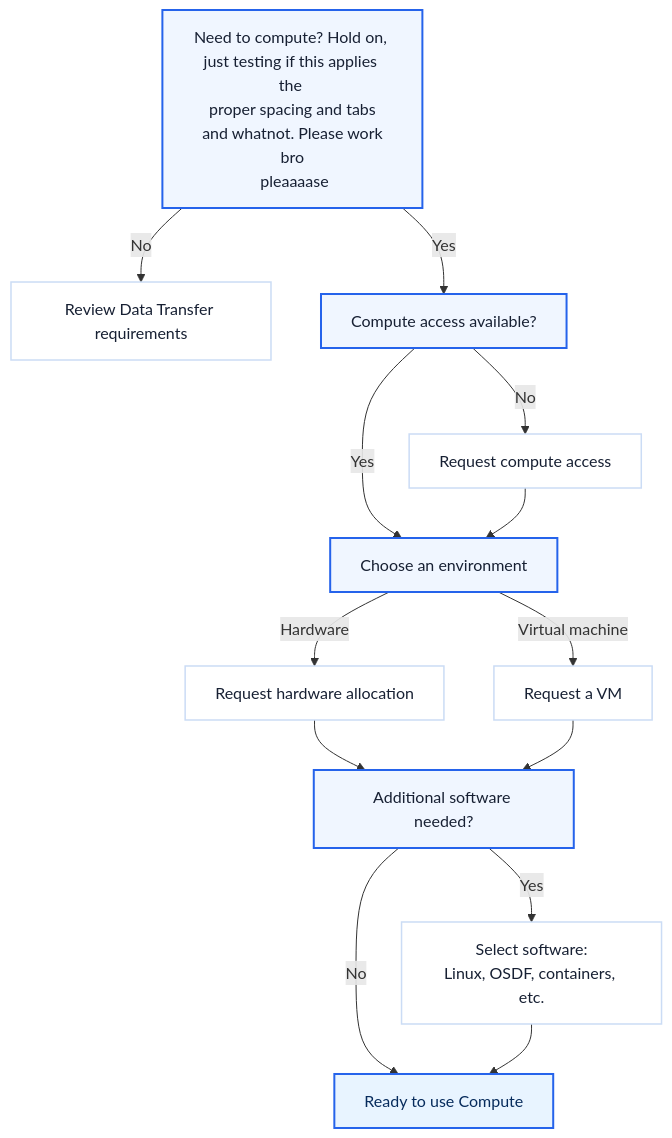
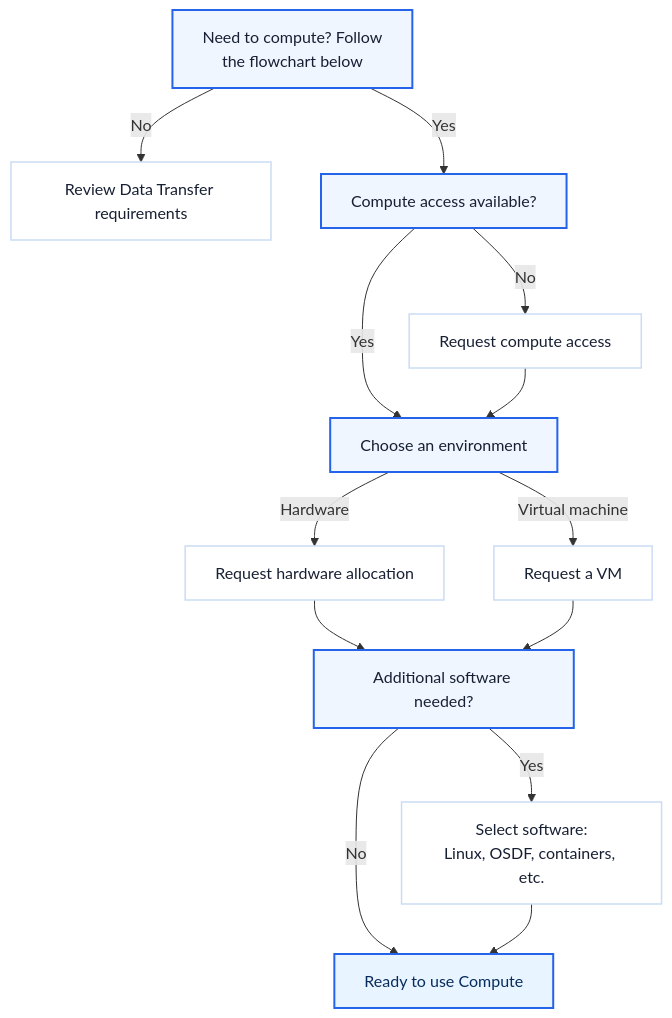
The first of 2 diagrams in src/content/docs/requirements/index.md (ReaganSanz/user-services-test), drawn with Mermaid before and after one commit. The commit also changed other lines of this file and 1 other file, not shown here.

Commit message:
feat: small changes to flowcharts

````diff
--- a/src/content/docs/requirements/index.md
+++ b/src/content/docs/requirements/index.md
@@ -45,35 +45,35 @@
 ```mermaid
 ---
 config:
 fontFamily: 'Inter'
 themeVariables:
  fontFamily: 'Inter'
- fontSize: '38px'
+ fontSize: '14px'
 look: neo
 ---
 flowchart TD
- A[Need to compute? Hold on, <br/>just testing if this applies the <br/> proper spacing and tabs <br/> and whatnot. Please work bro<br/> pleaaaase]
+ A[Need to compute? Follow <br/> the flowchart below]
  A -->|No| Z[Review Data Transfer requirements]
     A -->|Yes| B[Compute access available?]
 
     B -->|No| C[Request compute access]
     B -->|Yes| D[Choose an environment]
 
     C --> D
     D -->|Hardware| E[Request hardware allocation]
     D -->|Virtual machine| F[Request a VM]
 
     E --> G[Additional software needed?]
     F --> G
     G -->|Yes| H[Select software:<br/>Linux, OSDF, containers, etc.]
     G -->|No| I[Ready to use Compute]
     H --> I
 
     classDef decision fill:#f0f6ff,stroke:#2563eb,stroke-width:2px,color:#172033
     classDef action fill:#ffffff,stroke:#cbdcf5,stroke-width:1.5px,color:#172033
     classDef ready fill:#e8f4ff,stroke:#2563eb,stroke-width:2px,color:#062b5c
 
     class A,B,D,G decision
     class C,E,F,H,Z action
     class I ready
 ```
````
